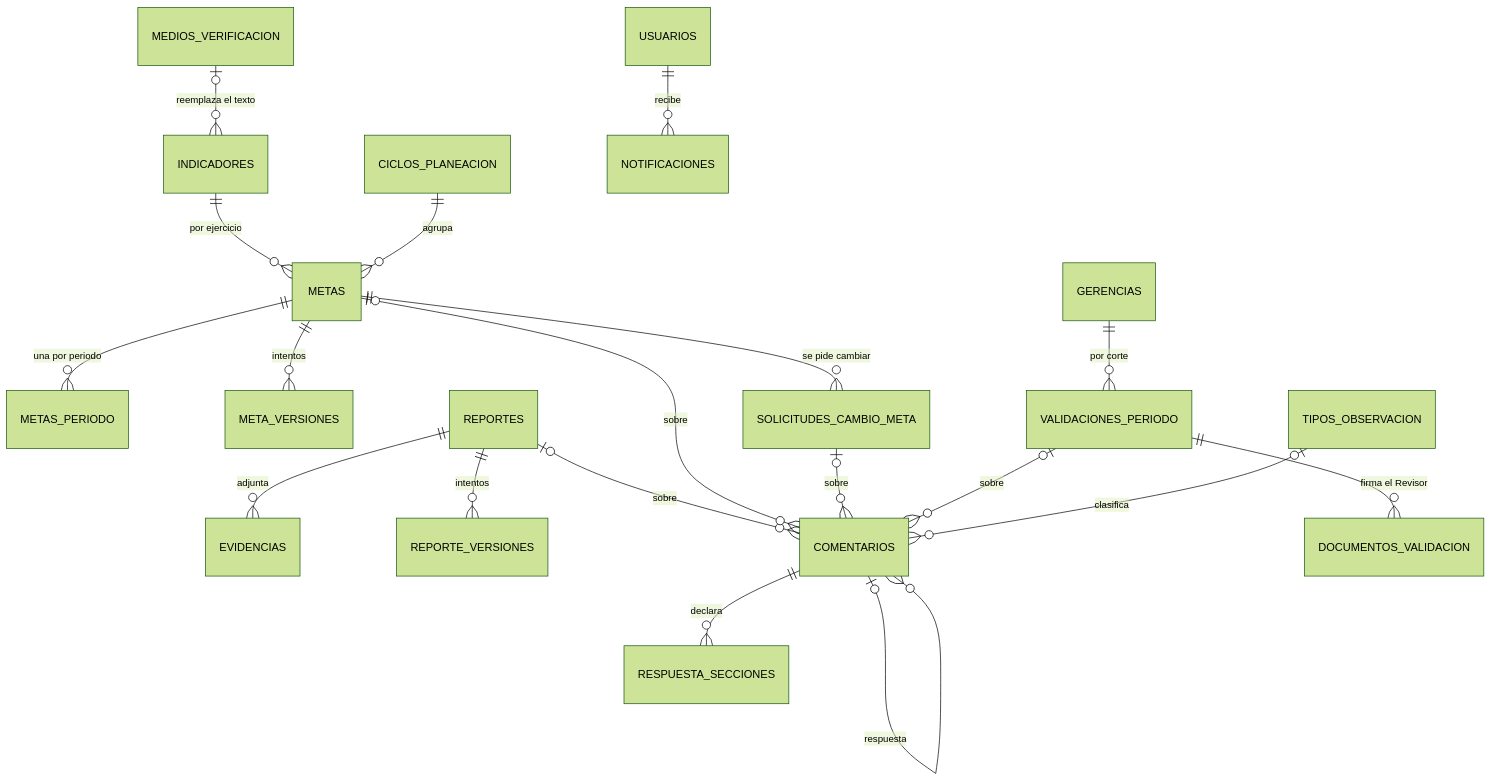
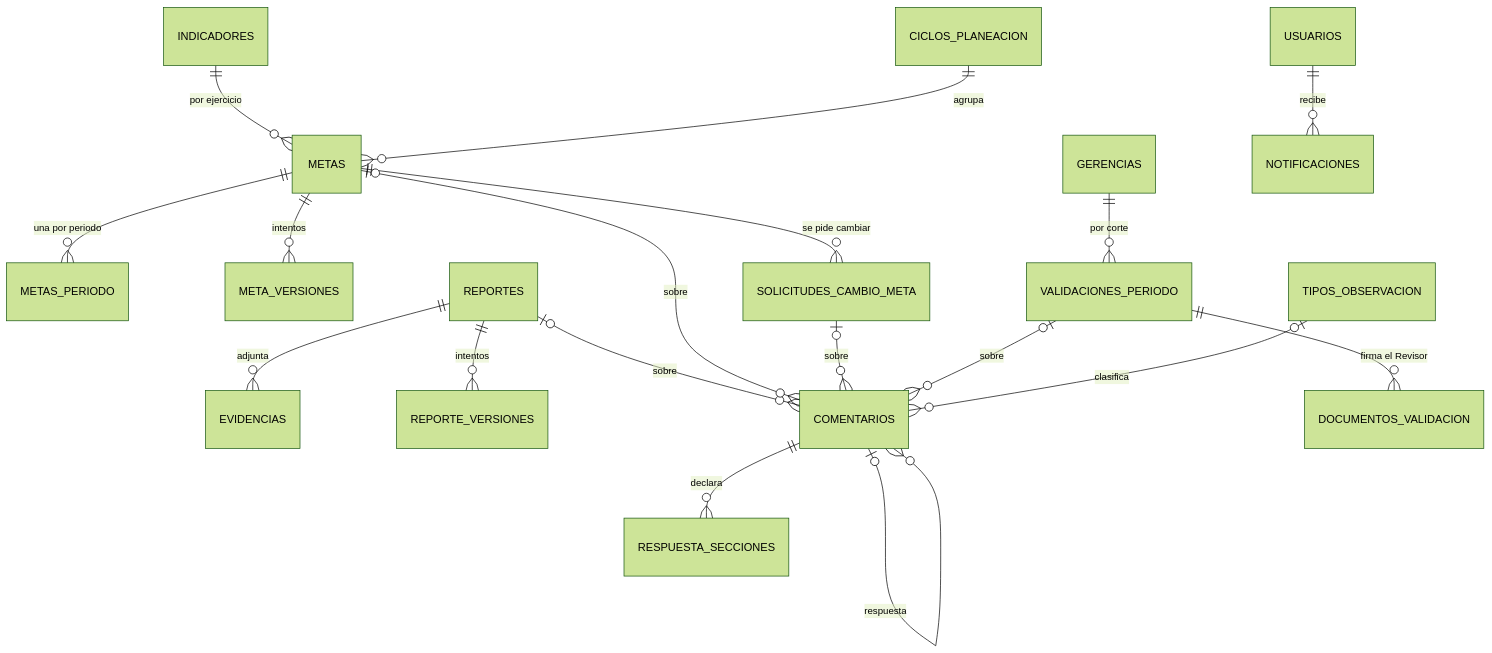
Before and after one commit to FROY33/mir-comapa-sur: the diagram in backend/db/EXTENSION.md, drawn with Mermaid (forest theme). The commit also changed other lines of this file and 5 other files, not shown here.

First line of the commit message:
docs: diccionario y evidencia del modelo de indicadores, medios y metas

````diff
--- a/backend/db/EXTENSION.md
+++ b/backend/db/EXTENSION.md
@@ -9,21 +9,20 @@
 ```mermaid
 erDiagram
     INDICADORES ||--o{ METAS : "por ejercicio"
     CICLOS_PLANEACION ||--o{ METAS : agrupa
     METAS ||--o{ METAS_PERIODO : "una por periodo"
     METAS ||--o{ META_VERSIONES : intentos
     METAS ||--o{ SOLICITUDES_CAMBIO_META : "se pide cambiar"
     REPORTES ||--o{ EVIDENCIAS : adjunta
     REPORTES ||--o{ REPORTE_VERSIONES : intentos
     REPORTES |o--o{ COMENTARIOS : "sobre"
     METAS |o--o{ COMENTARIOS : "sobre"
     SOLICITUDES_CAMBIO_META |o--o{ COMENTARIOS : "sobre"
     VALIDACIONES_PERIODO |o--o{ COMENTARIOS : "sobre"
     COMENTARIOS |o--o{ COMENTARIOS : "respuesta"
     TIPOS_OBSERVACION |o--o{ COMENTARIOS : clasifica
     COMENTARIOS ||--o{ RESPUESTA_SECCIONES : declara
     GERENCIAS ||--o{ VALIDACIONES_PERIODO : "por corte"
     VALIDACIONES_PERIODO ||--o{ DOCUMENTOS_VALIDACION : "firma el Revisor"
-    MEDIOS_VERIFICACION |o--o{ INDICADORES : "reemplaza el texto"
     USUARIOS ||--o{ NOTIFICACIONES : recibe
 ```
````
